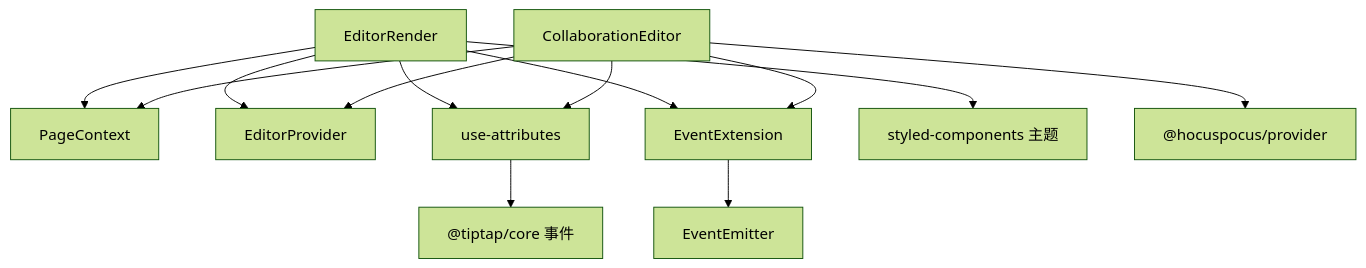
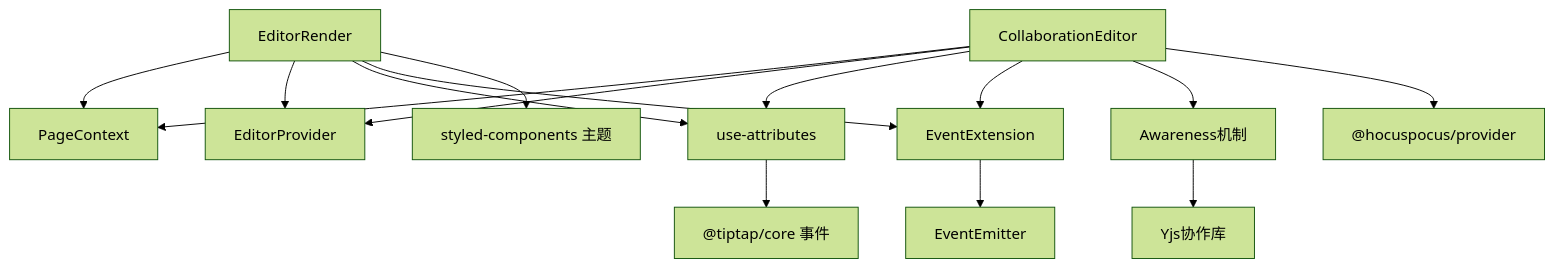
Diagram 11 of 11 in .qoder/repowiki/zh/content/核心模块/编辑器核心内核/编辑器上下文管理.md (LRF0422/Kotion), drawn with Mermaid (forest theme) before and after one commit. The commit also changed other lines of this file and 75 other files, not shown here.

````diff
--- a/.qoder/repowiki/zh/content/核心模块/编辑器核心内核/编辑器上下文管理.md
+++ b/.qoder/repowiki/zh/content/核心模块/编辑器核心内核/编辑器上下文管理.md
@@ -370,15 +532,17 @@
 ```mermaid
 graph TB
 ER["EditorRender"] --> PC["PageContext"]
 ER --> EP["EditorProvider"]
 ER --> UA["use-attributes"]
 ER --> EX["EventExtension"]
 CE["CollaborationEditor"] --> PC
 CE --> EP
 CE --> UA
 CE --> EX
+CE --> AW["Awareness机制"]
 UA --> TE["@tiptap/core 事件"]
 EX --> EE["EventEmitter"]
+AW --> YJS["Yjs协作库"]
 ER --> SC["styled-components 主题"]
 CE --> HP["@hocuspocus/provider"]
 ```
````
